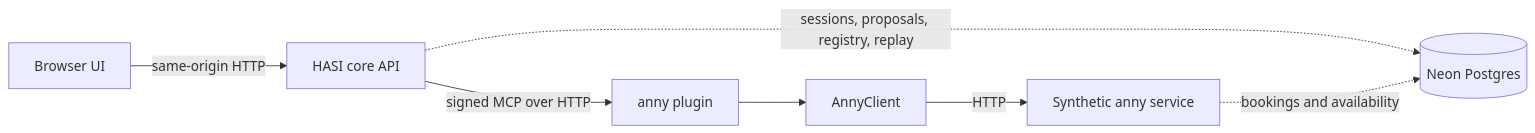
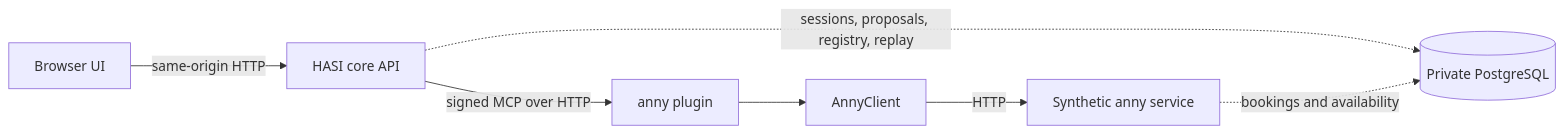
The diagram in docs/architecture/public-demo.md (metaneutrons/HASI), drawn with Mermaid before and after one commit. The commit also changed other lines of this file and 138 other files, not shown here.

````diff
--- a/docs/architecture/public-demo.md
+++ b/docs/architecture/public-demo.md
@@ -22,9 +25,9 @@
 ```mermaid
 flowchart LR
     UI[Browser UI] -->|same-origin HTTP| Core[HASI core API]
     Core -->|signed MCP over HTTP| Plugin[anny plugin]
     Plugin --> Client[AnnyClient]
     Client -->|HTTP| Mock[Synthetic anny service]
-    Core -. sessions, proposals, registry, replay .-> DB[(Neon Postgres)]
+    Core -. sessions, proposals, registry, replay .-> DB[(Private PostgreSQL)]
     Mock -. bookings and availability .-> DB
 ```
````
